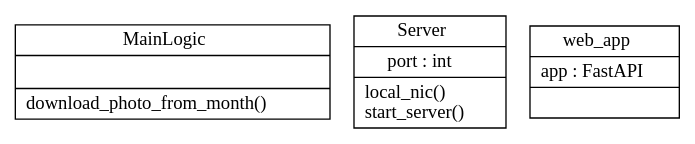
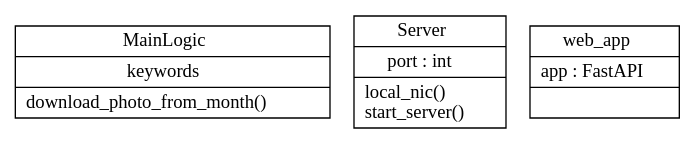
Before and after one commit to Jelloeater/porch_light: the diagram in docs/classes.dot, drawn with Graphviz. The commit also changed 5 other files, not shown here.

```diff
--- a/docs/classes.dot
+++ b/docs/classes.dot
@@ -1,7 +1,7 @@
 digraph "classes" {
 rankdir=BT
 charset="utf-8"
-"pl_worker.porch_light.MainLogic" [color="black", fontcolor="black", label=<{MainLogic|<br ALIGN="LEFT"/>|download_photo_from_month()<br ALIGN="LEFT"/>}>, shape="record", style="solid"];
+"pl_worker.porch_light.MainLogic" [color="black", fontcolor="black", label=<{MainLogic|keywords<br ALIGN="LEFT"/>|download_photo_from_month()<br ALIGN="LEFT"/>}>, shape="record", style="solid"];
 "pl_worker.webserver.Server" [color="black", fontcolor="black", label=<{Server|port : int<br ALIGN="LEFT"/>|local_nic()<br ALIGN="LEFT"/>start_server()<br ALIGN="LEFT"/>}>, shape="record", style="solid"];
 "pl_worker.webserver.web_app" [color="black", fontcolor="black", label=<{web_app|app : FastAPI<br ALIGN="LEFT"/>|}>, shape="record", style="solid"];
 }
```
